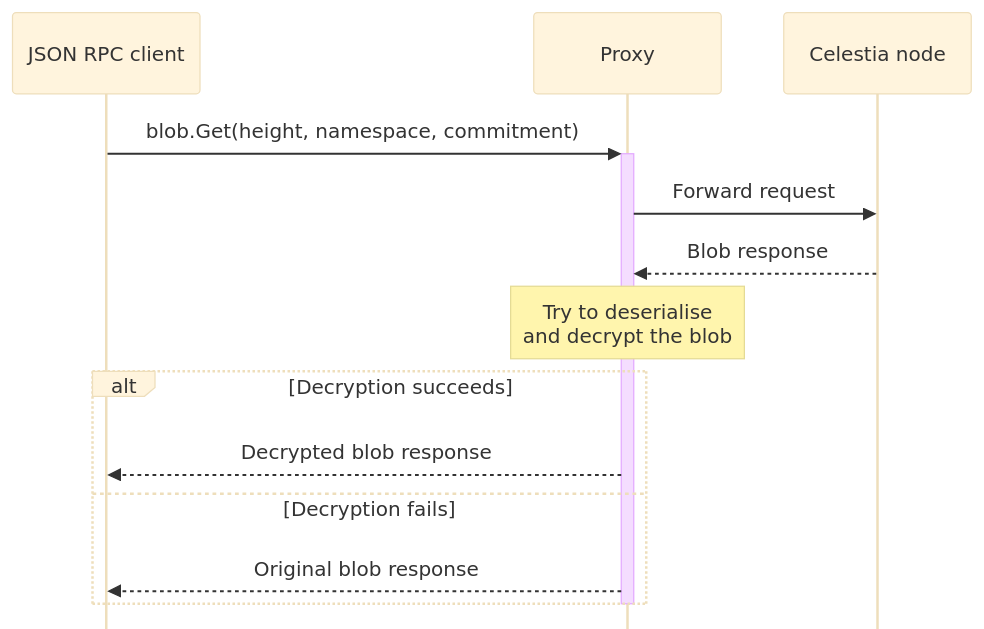
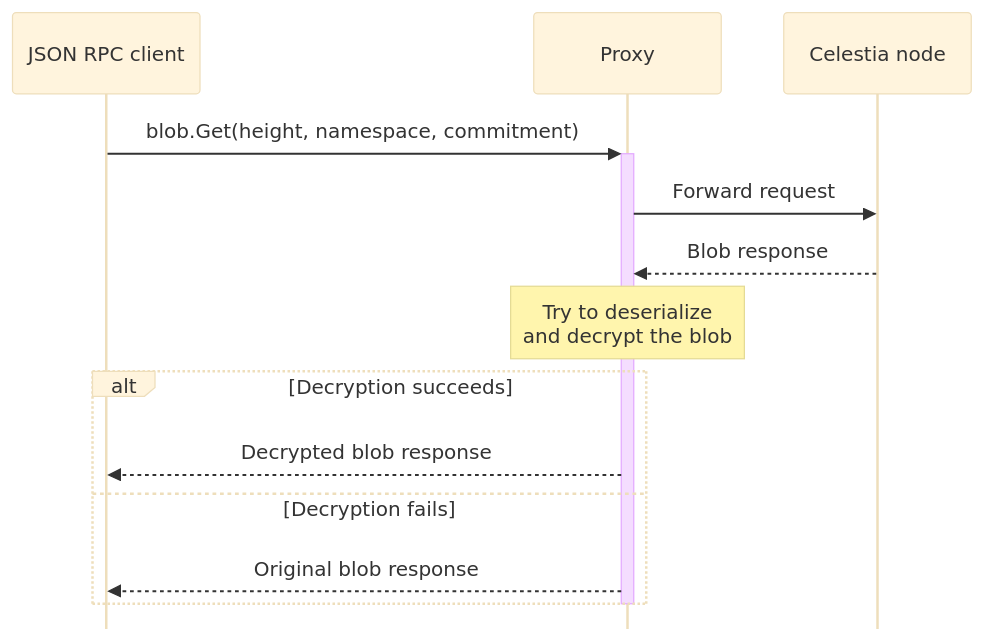
Before and after one commit to celestiaorg/docs: the second of 2 diagrams in app/build/private-blockspace/about/page.mdx, drawn with Mermaid (base theme). The commit also changed other lines of this file and 3 other files, not shown here.

First line of the commit message:
fix: let diagrams shrink to fit the column with a 40rem floor

````diff
--- a/app/build/private-blockspace/about/page.mdx
+++ b/app/build/private-blockspace/about/page.mdx
@@ -62,24 +61,23 @@
 ```mermaid
 ---
 config:
   sequence:
     mirrorActors: false
-    actorMargin: 50
-    messageMargin: 30
+    useMaxWidth: false
 ---
 sequenceDiagram
     participant Client as JSON RPC client
     participant Proxy
     participant Node as Celestia node
 
     Client->>+Proxy: blob.Get(height, namespace, commitment)
     Proxy->>Node: Forward request
     Node-->>Proxy: Blob response
-    Note over Proxy: Try to deserialise<br/>and decrypt the blob
+    Note over Proxy: Try to deserialize<br/>and decrypt the blob
     alt Decryption succeeds
         Proxy-->>Client: Decrypted blob response
     else Decryption fails
         Proxy-->>Client: Original blob response
     end
     deactivate Proxy
 ```
````
